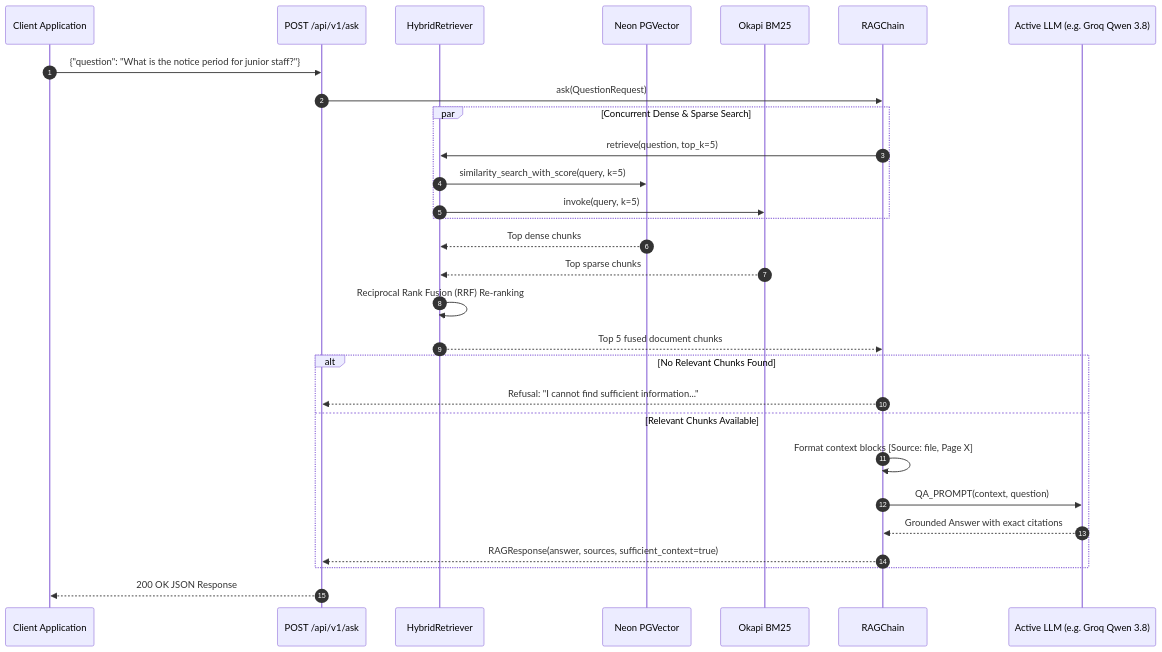
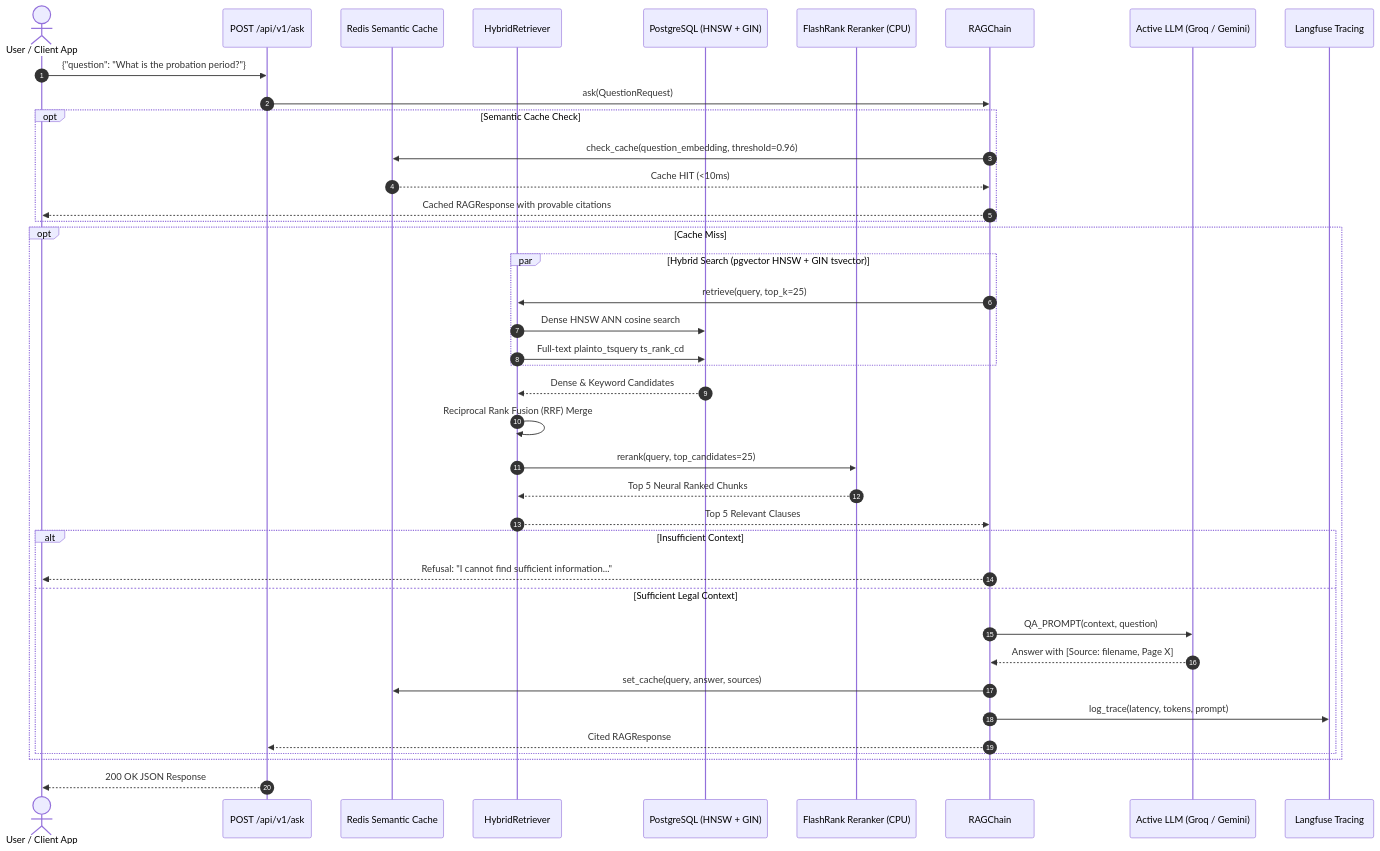
Before and after one commit to PPC2001/legal-rag-intelligence: the third of 3 diagrams in README.md, drawn with Mermaid. The commit also changed other lines of this file, not shown here.

Commit message:
docs: update README with 1M-document FOSS architecture and sanitize docker-compose

````diff
--- a/README.md
+++ b/README.md
@@ -146,32 +179,46 @@
 ```mermaid
 sequenceDiagram
     autonumber
-    participant Client as Client Application
+    actor Client as User / Client App
     participant API as POST /api/v1/ask
+    participant Cache as Redis Semantic Cache
     participant Retriever as HybridRetriever
-    participant PGVector as Neon PGVector
-    participant BM25 as Okapi BM25
+    participant PG as PostgreSQL (HNSW + GIN)
+    participant Reranker as FlashRank Reranker (CPU)
     participant Chain as RAGChain
-    participant LLM as Active LLM (e.g. Groq Qwen 3.8)
+    participant LLM as Active LLM (Groq / Gemini)
+    participant Langfuse as Langfuse Tracing
 
-    Client->>API: {"question": "What is the notice period for junior staff?"}
+    Client->>API: {"question": "What is the probation period?"}
     API->>Chain: ask(QuestionRequest)
-    par Concurrent Dense & Sparse Search
-        Chain->>Retriever: retrieve(question, top_k=5)
-        Retriever->>PGVector: similarity_search_with_score(query, k=5)
-        Retriever->>BM25: invoke(query, k=5)
+    
+    opt Semantic Cache Check
+        Chain->>Cache: check_cache(question_embedding, threshold=0.96)
+        Cache-->>Chain: Cache HIT (<10ms)
+        Chain-->>Client: Cached RAGResponse with provable citations
     end
-    PGVector-->>Retriever: Top dense chunks
-    BM25-->>Retriever: Top sparse chunks
-    Retriever->>Retriever: Reciprocal Rank Fusion (RRF) Re-ranking
-    Retriever-->>Chain: Top 5 fused document chunks
-    alt No Relevant Chunks Found
-        Chain-->>API: Refusal: "I cannot find sufficient information..."
-    else Relevant Chunks Available
-        Chain->>Chain: Format context blocks [Source: file, Page X]
-        Chain->>LLM: QA_PROMPT(context, question)
-        LLM-->>Chain: Grounded Answer with exact citations
-        Chain-->>API: RAGResponse(answer, sources, sufficient_context=true)
+
+    opt Cache Miss
+        par Hybrid Search (pgvector HNSW + GIN tsvector)
+            Chain->>Retriever: retrieve(query, top_k=25)
+            Retriever->>PG: Dense HNSW ANN cosine search
+            Retriever->>PG: Full-text plainto_tsquery ts_rank_cd
+        end
+        PG-->>Retriever: Dense & Keyword Candidates
+        Retriever->>Retriever: Reciprocal Rank Fusion (RRF) Merge
+        Retriever->>Reranker: rerank(query, top_candidates=25)
+        Reranker-->>Retriever: Top 5 Neural Ranked Chunks
+        Retriever-->>Chain: Top 5 Relevant Clauses
+        
+        alt Insufficient Context
+            Chain-->>Client: Refusal: "I cannot find sufficient information..."
+        else Sufficient Legal Context
+            Chain->>LLM: QA_PROMPT(context, question)
+            LLM-->>Chain: Answer with [Source: filename, Page X]
+            Chain->>Cache: set_cache(query, answer, sources)
+            Chain->>Langfuse: log_trace(latency, tokens, prompt)
+            Chain-->>API: Cited RAGResponse
+        end
     end
     API-->>Client: 200 OK JSON Response
 ```
````
